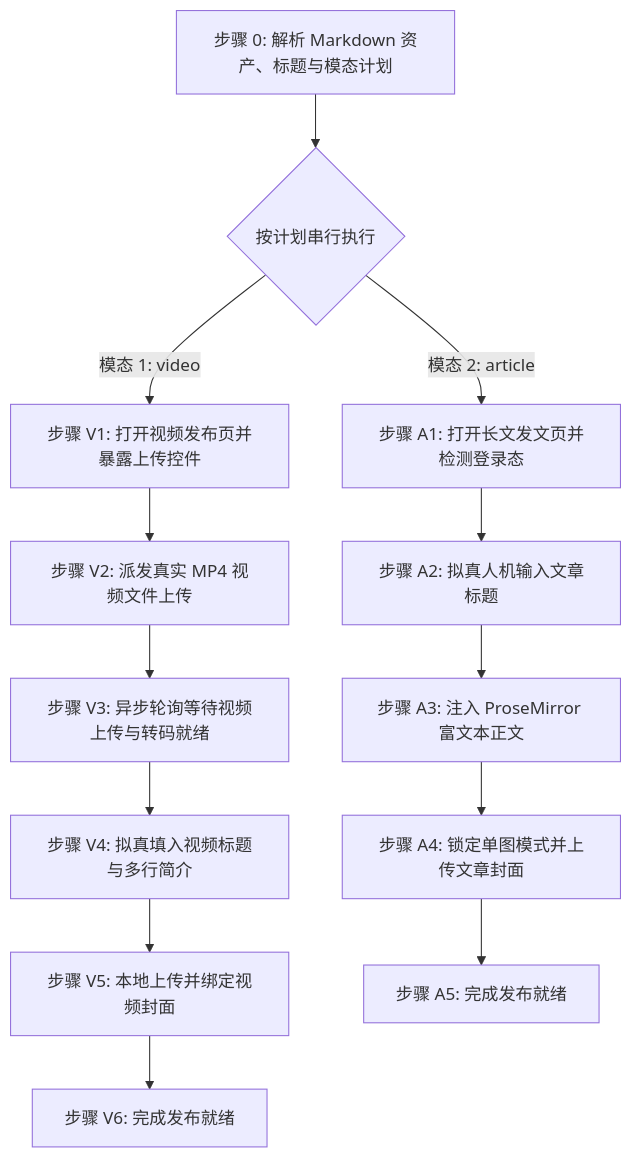
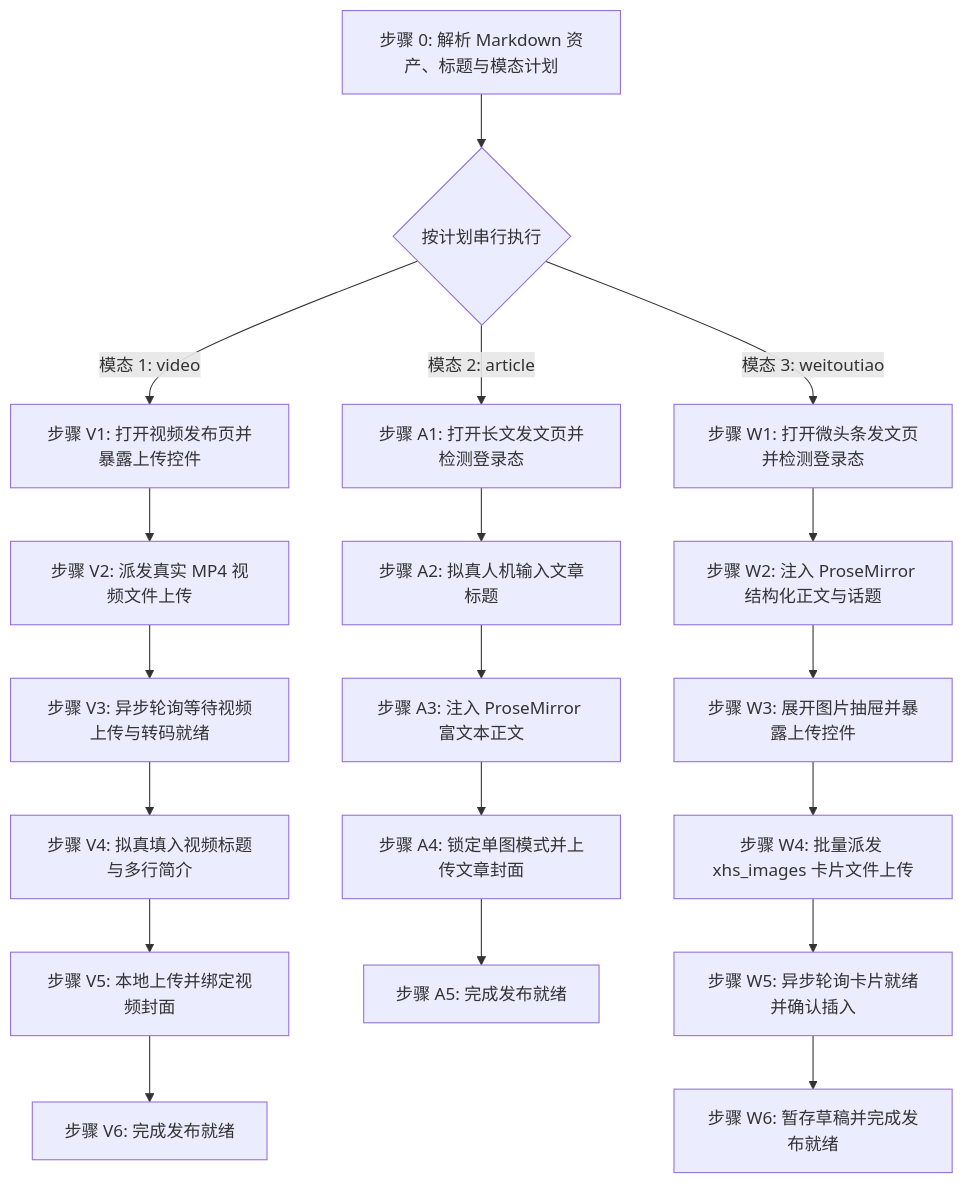
The diagram in skills/doudou-toutiao/SKILL.md (undsky/doudou-publish-skills), drawn with Mermaid before and after one commit. The commit also changed other lines of this file and 4 other files, not shown here.

````diff
--- a/skills/doudou-toutiao/SKILL.md
+++ b/skills/doudou-toutiao/SKILL.md
@@ -12,17 +12,24 @@
 ```mermaid
 flowchart TD
     S0[步骤 0: 解析 Markdown 资产、标题与模态计划] --> MP{按计划串行执行}
 
     MP -->|模态 1: video| V1[步骤 V1: 打开视频发布页并暴露上传控件]
     V1 --> V2[步骤 V2: 派发真实 MP4 视频文件上传]
     V2 --> V3[步骤 V3: 异步轮询等待视频上传与转码就绪]
     V3 --> V4[步骤 V4: 拟真填入视频标题与多行简介]
     V4 --> V5[步骤 V5: 本地上传并绑定视频封面]
     V5 --> V6[步骤 V6: 完成发布就绪]
 
     MP -->|模态 2: article| A1[步骤 A1: 打开长文发文页并检测登录态]
     A1 --> A2[步骤 A2: 拟真人机输入文章标题]
     A2 --> A3[步骤 A3: 注入 ProseMirror 富文本正文]
     A3 --> A4[步骤 A4: 锁定单图模式并上传文章封面]
     A4 --> A5[步骤 A5: 完成发布就绪]
+
+    MP -->|模态 3: weitoutiao| W1[步骤 W1: 打开微头条发文页并检测登录态]
+    W1 --> W2[步骤 W2: 注入 ProseMirror 结构化正文与话题]
+    W2 --> W3[步骤 W3: 展开图片抽屉并暴露上传控件]
+    W3 --> W4[步骤 W4: 批量派发 xhs_images 卡片文件上传]
+    W4 --> W5[步骤 W5: 异步轮询卡片就绪并确认插入]
+    W5 --> W6[步骤 W6: 暂存草稿并完成发布就绪]
 ```
````
